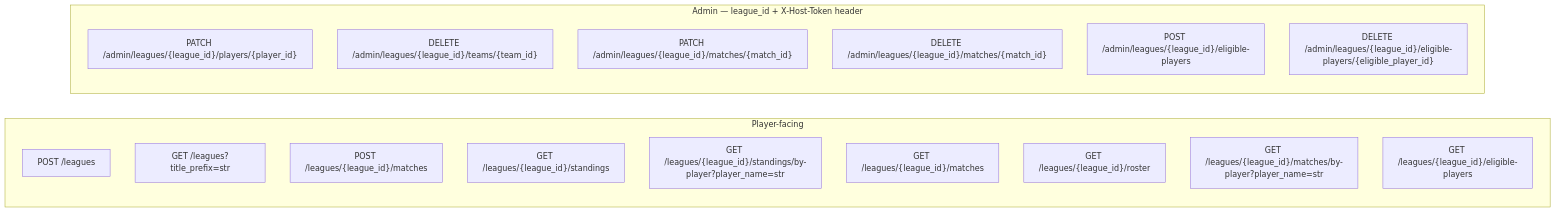
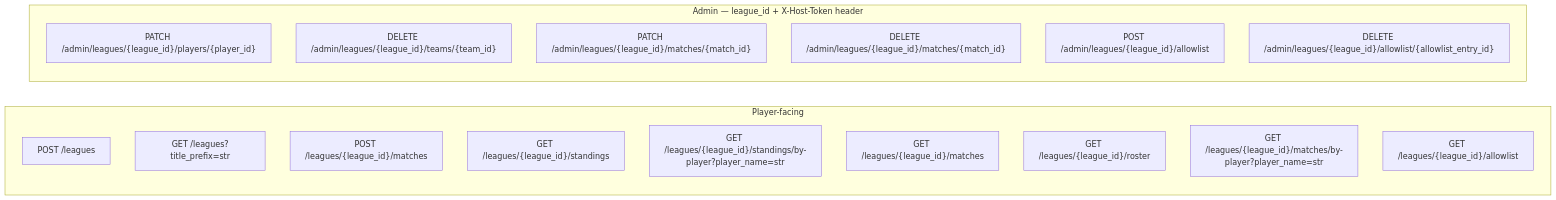
Before and after one commit to swjeong0825/TLMB_backend_main: the diagram in Design_Doc/TLMB_Design_doc/13_api_contracts.md, drawn with Mermaid. The commit also changed other lines of this file and 48 other files, not shown here.

Commit message:
refactoring_unifying_term_eligible_players_to_allowlist

````diff
--- a/Design_Doc/TLMB_Design_doc/13_api_contracts.md
+++ b/Design_Doc/TLMB_Design_doc/13_api_contracts.md
@@ -12,22 +12,22 @@
 ```mermaid
 flowchart LR
     subgraph player [Player-facing]
         P1["POST /leagues"]
         P1b["GET /leagues?title_prefix=str"]
         P2["POST /leagues/{league_id}/matches"]
         P3["GET /leagues/{league_id}/standings"]
         P3b["GET /leagues/{league_id}/standings/by-player?player_name=str"]
         P4["GET /leagues/{league_id}/matches"]
         P5["GET /leagues/{league_id}/roster"]
         P6["GET /leagues/{league_id}/matches/by-player?player_name=str"]
-        P7["GET /leagues/{league_id}/eligible-players"]
+        P7["GET /leagues/{league_id}/allowlist"]
     end
     subgraph admin ["Admin — league_id + X-Host-Token header"]
         A1["PATCH /admin/leagues/{league_id}/players/{player_id}"]
         A2["DELETE /admin/leagues/{league_id}/teams/{team_id}"]
         A3["PATCH /admin/leagues/{league_id}/matches/{match_id}"]
         A4["DELETE /admin/leagues/{league_id}/matches/{match_id}"]
-        A5["POST /admin/leagues/{league_id}/eligible-players"]
-        A6["DELETE /admin/leagues/{league_id}/eligible-players/{eligible_player_id}"]
+        A5["POST /admin/leagues/{league_id}/allowlist"]
+        A6["DELETE /admin/leagues/{league_id}/allowlist/{allowlist_entry_id}"]
     end
 ```
````
